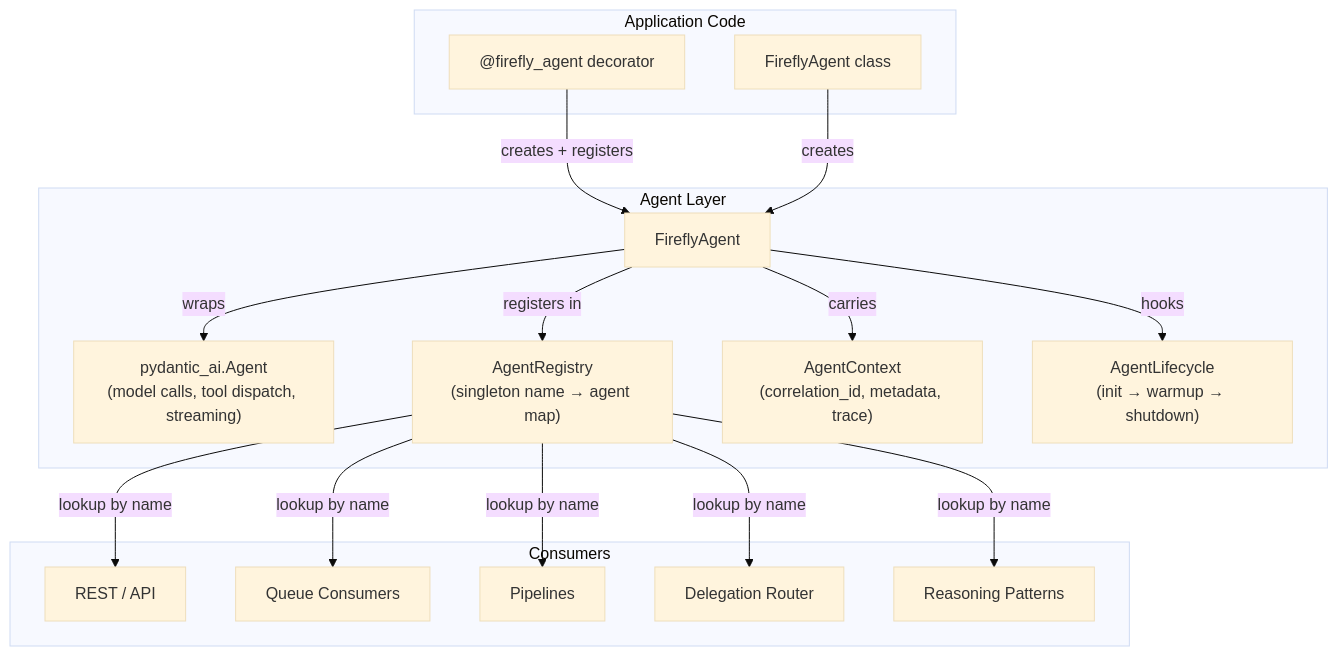
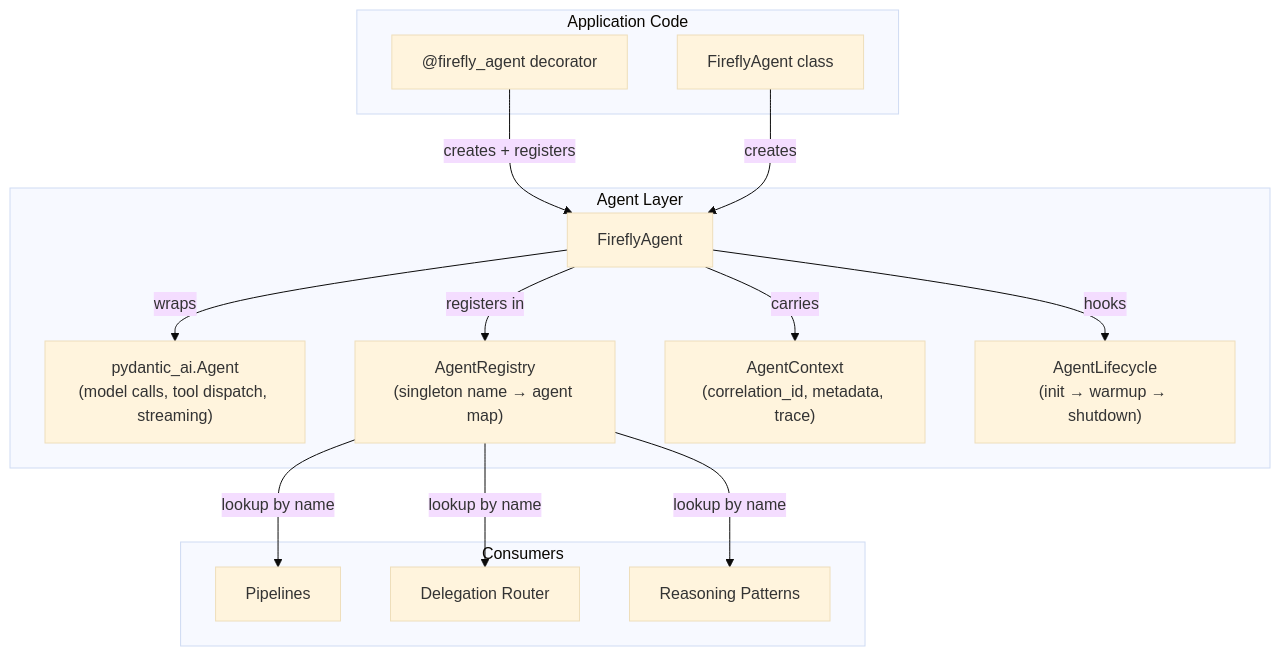
The first of 8 diagrams in docs/tutorial.md (fireflyframework/fireflyframework-agentic), drawn with Mermaid (base theme) before and after one commit. The commit also changed other lines of this file and 45 other files, not shown here.

First line of the commit message:
feat!: remove REST/queue exposure serving layer

````diff
--- a/docs/tutorial.md
+++ b/docs/tutorial.md
@@ -385,35 +379,31 @@
 ```mermaid
 graph TB
     subgraph Application Code
         DEC["@firefly_agent decorator"]
         CLS["FireflyAgent class"]
     end
 
     subgraph Agent Layer
         FA["FireflyAgent"]
         PAI["pydantic_ai.Agent\n(model calls, tool dispatch, streaming)"]
         REG["AgentRegistry\n(singleton name → agent map)"]
         CTX["AgentContext\n(correlation_id, metadata, trace)"]
         LC["AgentLifecycle\n(init → warmup → shutdown)"]
     end
 
     subgraph Consumers
-        REST["REST / API"]
-        QUEUE["Queue Consumers"]
         PIPE["Pipelines"]
         DELEG["Delegation Router"]
         REASON["Reasoning Patterns"]
     end
 
     DEC -->|creates + registers| FA
     CLS -->|creates| FA
     FA -->|wraps| PAI
     FA -->|registers in| REG
     FA -->|carries| CTX
     FA -->|hooks| LC
-    REG -->|lookup by name| REST
-    REG -->|lookup by name| QUEUE
     REG -->|lookup by name| PIPE
     REG -->|lookup by name| DELEG
     REG -->|lookup by name| REASON
 ```
````
